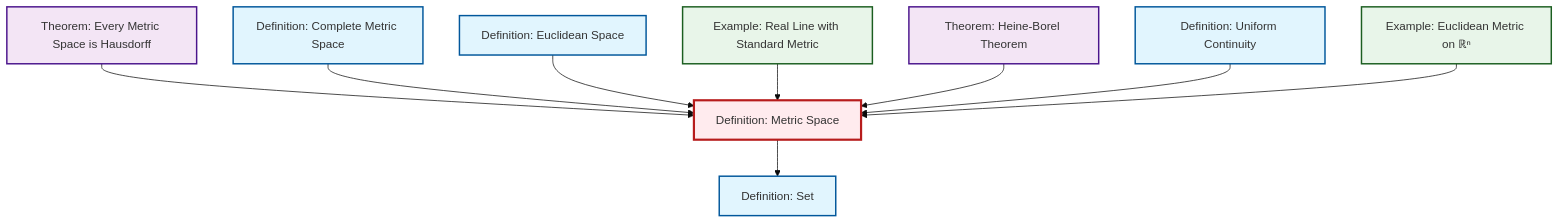
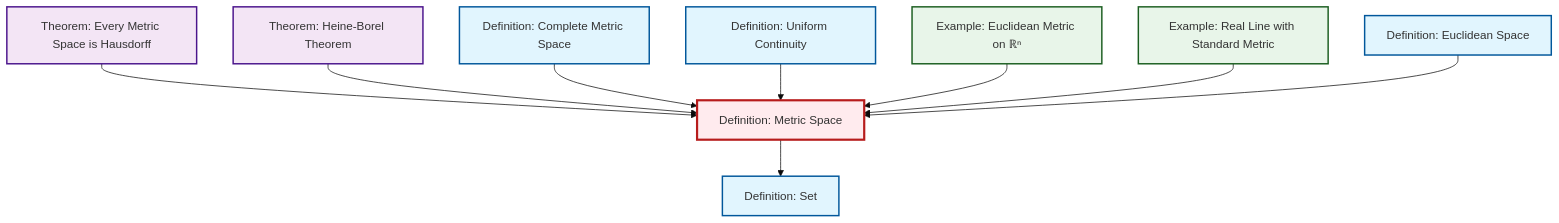
Before and after one commit to RK0429/ModernMath: the diagram in output/mermaid/def-metric-space.mermaid, drawn with Mermaid (base theme). The commit also changed other lines of this file and 1420 other files, not shown here.

```diff
--- a/output/mermaid/def-metric-space.mermaid
+++ b/output/mermaid/def-metric-space.mermaid
@@ -1,25 +1,25 @@
 %%| fig-cap: "Local dependency graph"
 graph TD
     classDef definition fill:#e1f5fe,stroke:#01579b,stroke-width:2px
     classDef theorem fill:#f3e5f5,stroke:#4a148c,stroke-width:2px
     classDef axiom fill:#fff3e0,stroke:#e65100,stroke-width:2px
     classDef example fill:#e8f5e9,stroke:#1b5e20,stroke-width:2px
     classDef current fill:#ffebee,stroke:#b71c1c,stroke-width:3px
+    thm-heine-borel["Theorem: Heine-Borel Theorem"]:::theorem
+    ex-euclidean-metric["Example: Euclidean Metric on ℝⁿ"]:::example
+    def-metric-space["Definition: Metric Space"]:::definition
+    def-uniform-continuity["Definition: Uniform Continuity"]:::definition
+    ex-real-line-metric["Example: Real Line with Standard Metric"]:::example
+    thm-metric-hausdorff["Theorem: Every Metric Space is Hausdorff"]:::theorem
+    def-set["Definition: Set"]:::definition
+    def-complete-metric-space["Definition: Complete Metric Space"]:::definition
     def-euclidean-space["Definition: Euclidean Space"]:::definition
-    def-metric-space["Definition: Metric Space"]:::definition
-    thm-heine-borel["Theorem: Heine-Borel Theorem"]:::theorem
-    thm-metric-hausdorff["Theorem: Every Metric Space is Hausdorff"]:::theorem
-    def-uniform-continuity["Definition: Uniform Continuity"]:::definition
-    ex-euclidean-metric["Example: Euclidean Metric on ℝⁿ"]:::example
-    def-complete-metric-space["Definition: Complete Metric Space"]:::definition
-    ex-real-line-metric["Example: Real Line with Standard Metric"]:::example
-    def-set["Definition: Set"]:::definition
     def-metric-space --> def-set
     thm-metric-hausdorff --> def-metric-space
+    thm-heine-borel --> def-metric-space
     def-complete-metric-space --> def-metric-space
-    def-euclidean-space --> def-metric-space
-    ex-real-line-metric --> def-metric-space
-    thm-heine-borel --> def-metric-space
     def-uniform-continuity --> def-metric-space
     ex-euclidean-metric --> def-metric-space
+    ex-real-line-metric --> def-metric-space
+    def-euclidean-space --> def-metric-space
     class def-metric-space current
```
